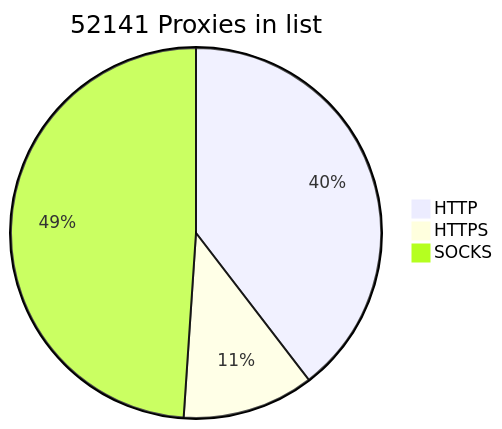
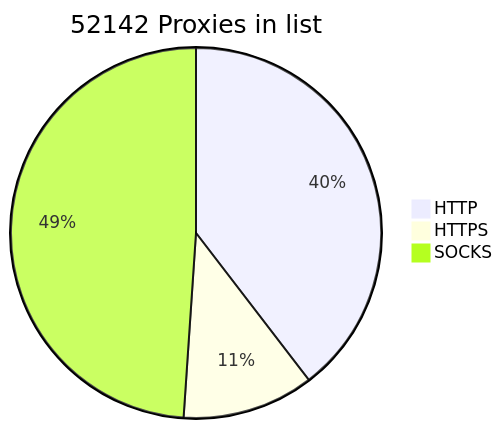
The diagram in README.md (BlackSnowDot/proxylist-update-every-minute), drawn with Mermaid before and after one commit.

````diff
--- a/README.md
+++ b/README.md
@@ -2,6 +2,6 @@
 ```mermaid
-pie title 52141 Proxies in list
-    "HTTP" : 22969
-    "HTTPS": 6668
+pie title 52142 Proxies in list
+    "HTTP" : 22973
+    "HTTPS": 6670
     "SOCKS" : 28402
 ```
````
